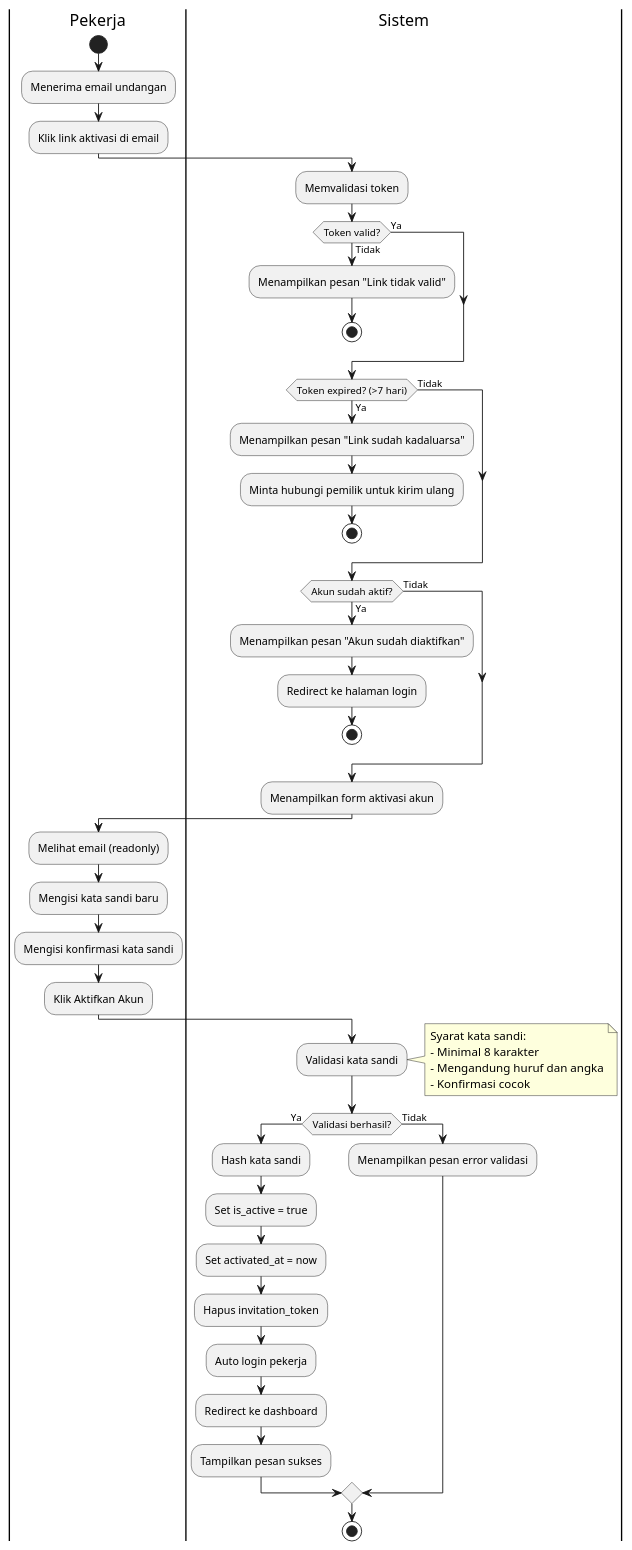
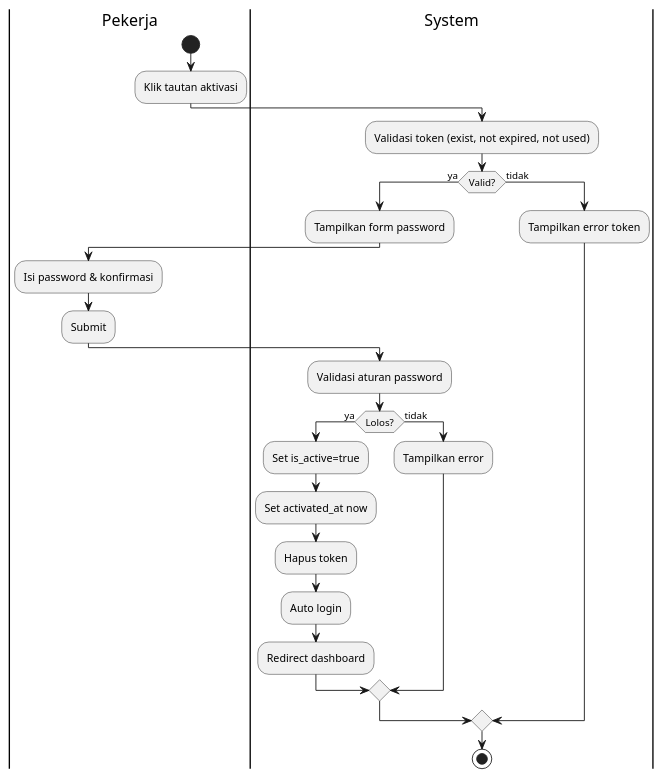
The second of 9 diagrams in docs/diagrams/02_ACTIVITY_DIAGRAM.md (pawon3d/pawon3d), drawn with PlantUML before and after one commit. The commit also changed other lines of this file and 155 other files, not shown here.

````diff
--- a/docs/diagrams/02_ACTIVITY_DIAGRAM.md
+++ b/docs/diagrams/02_ACTIVITY_DIAGRAM.md
@@ -115,64 +64,29 @@
 ```plantuml
-@startuml Activity Diagram - Proses Aktivasi Akun Pekerja
-
+@startuml Activity - Aktivasi Akun
 |Pekerja|
 start
-:Menerima email undangan;
-:Klik link aktivasi di email;
-
-|Sistem|
-:Memvalidasi token;
-
-if (Token valid?) then (Tidak)
-    :Menampilkan pesan "Link tidak valid";
-    stop
-else (Ya)
+:Klik tautan aktivasi;
+|System|
+:Validasi token (exist, not expired, not used);
+if (Valid?) then (ya)
+    :Tampilkan form password;
+    |Pekerja|
+    :Isi password & konfirmasi;
+    :Submit;
+    |System|
+    :Validasi aturan password;
+    if (Lolos?) then (ya)
+        :Set is_active=true;
+        :Set activated_at now;
+        :Hapus token;
+        :Auto login;
+        :Redirect dashboard;
+    else (tidak)
+        :Tampilkan error;
+    endif
+else (tidak)
+    :Tampilkan error token;
 endif
-
-if (Token expired? (>7 hari)) then (Ya)
-    :Menampilkan pesan "Link sudah kadaluarsa";
-    :Minta hubungi pemilik untuk kirim ulang;
-    stop
-else (Tidak)
-endif
-
-if (Akun sudah aktif?) then (Ya)
-    :Menampilkan pesan "Akun sudah diaktifkan";
-    :Redirect ke halaman login;
-    stop
-else (Tidak)
-endif
-
-:Menampilkan form aktivasi akun;
-
-|Pekerja|
-:Melihat email (readonly);
-:Mengisi kata sandi baru;
-:Mengisi konfirmasi kata sandi;
-:Klik Aktifkan Akun;
-
-|Sistem|
-:Validasi kata sandi;
-note right
-  Syarat kata sandi:
-  - Minimal 8 karakter
-  - Mengandung huruf dan angka
-  - Konfirmasi cocok
-end note
-
-if (Validasi berhasil?) then (Ya)
-    :Hash kata sandi;
-    :Set is_active = true;
-    :Set activated_at = now;
-    :Hapus invitation_token;
-    :Auto login pekerja;
-    :Redirect ke dashboard;
-    :Tampilkan pesan sukses;
-else (Tidak)
-    :Menampilkan pesan error validasi;
-endif
-
 stop
-
 @enduml
 ```
````
